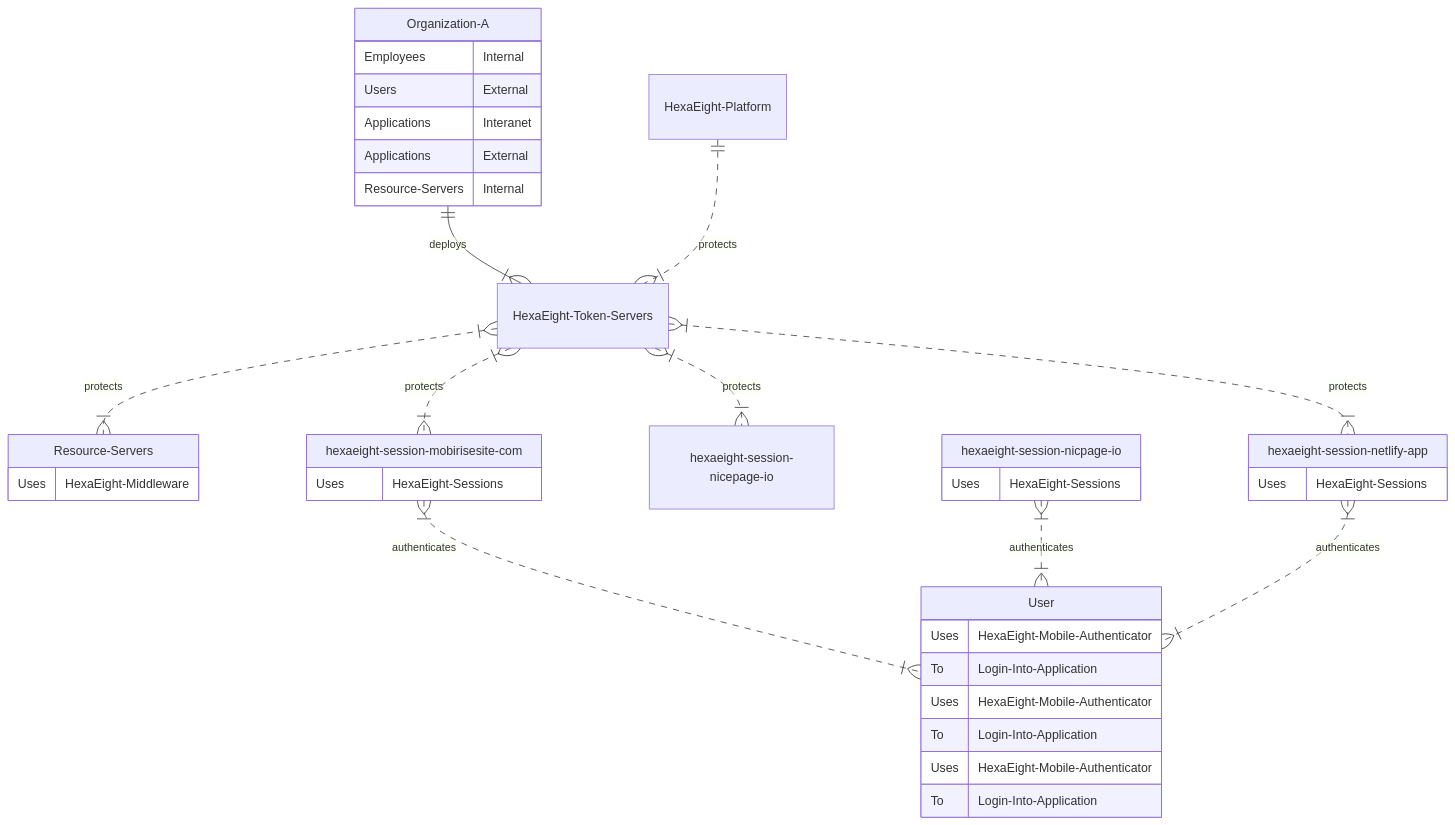
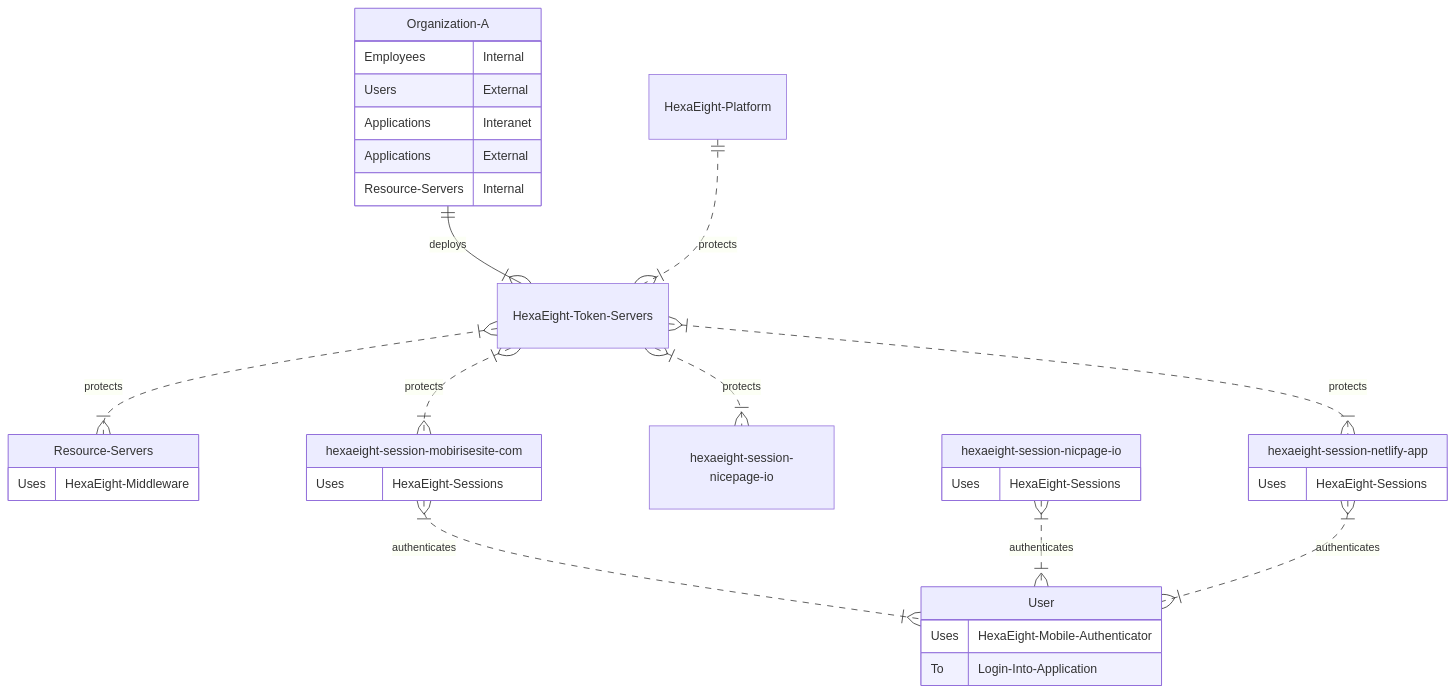
Before and after one commit to HexaEightTeam/session-js-spa-https: the second of 2 diagrams in README.md, drawn with Mermaid. The commit also changed other lines of this file, not shown here.

````diff
--- a/README.md
+++ b/README.md
@@ -82,44 +82,36 @@
 ```mermaid
 erDiagram
     Organization-A ||--|{ HexaEight-Token-Servers : deploys
         Organization-A {
         Employees Internal
         Users External
         Applications Interanet
 	Applications External
 	Resource-Servers Internal
 	}
 	HexaEight-Platform ||..|{ HexaEight-Token-Servers : protects
 	HexaEight-Token-Servers }|..|{ Resource-Servers : protects
         Resource-Servers {
         Uses HexaEight-Middleware
 	}
 	HexaEight-Token-Servers }|..|{ hexaeight-session-mobirisesite-com : protects
         hexaeight-session-mobirisesite-com{
 	Uses HexaEight-Sessions
 	}
 	HexaEight-Token-Servers }|..|{ hexaeight-session-nicepage-io : protects
         hexaeight-session-nicpage-io{
 	Uses HexaEight-Sessions
 	}
 	HexaEight-Token-Servers }|..|{ hexaeight-session-netlify-app : protects
         hexaeight-session-netlify-app{
 	Uses HexaEight-Sessions
 	}
 	hexaeight-session-mobirisesite-com }|..|{ User : authenticates
         User{
 	Uses HexaEight-Mobile-Authenticator
 	To   Login-Into-Application
 	}
 	hexaeight-session-nicpage-io }|..|{ User : authenticates
-        User{
-	Uses HexaEight-Mobile-Authenticator
-	To   Login-Into-Application
-	}
 	hexaeight-session-netlify-app }|..|{ User : authenticates
-        User{
-	Uses HexaEight-Mobile-Authenticator
-	To   Login-Into-Application
-	}
 
 ```
````
